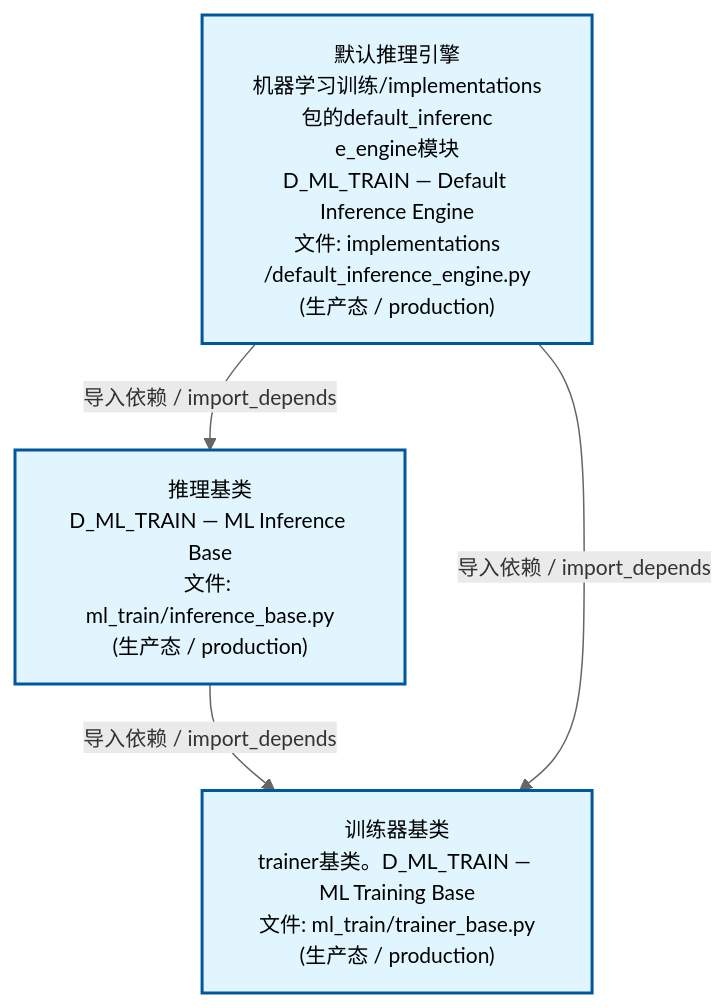
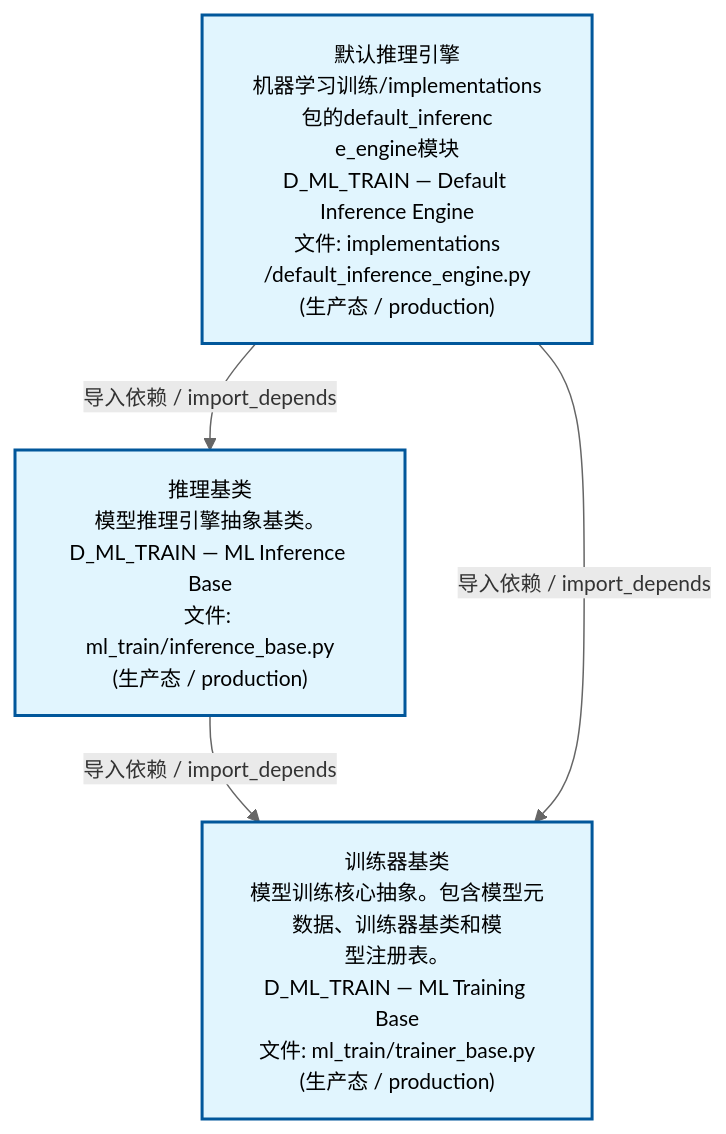
One commit to xuanFelixVan/ZephyrAlpha changed the second of 4 diagrams in docs/02_enterprise_architecture/02_domain_architecture_docs/61_d_ml_train.md. Above: the diagram before and after it, drawn with Mermaid. The commit also changed other lines of this file and 48 other files, not shown here.

````diff
--- a/docs/02_enterprise_architecture/02_domain_architecture_docs/61_d_ml_train.md
+++ b/docs/02_enterprise_architecture/02_domain_architecture_docs/61_d_ml_train.md
@@ -99,15 +99,15 @@
 ```mermaid
 %%{init: {'theme': 'base', 'themeVariables': {'primaryColor': '#eaeaea', 'primaryTextColor': '#333333', 'primaryBorderColor': '#666666', 'lineColor': '#666666', 'secondaryColor': '#eaeaea', 'tertiaryColor': '#eaeaea', 'fontSize': '14px'}}}%%
 flowchart TD
     src_zephyr_ml_train_implementations_default_inference_engine_py["默认推理引擎<br/>机器学习训练/implementations包的default_inferenc<br/>e_engine模块<br/>D_ML_TRAIN — Default Inference Engine<br/>文件: implementations<br/>/default_inference_engine.py<br/>(生产态 / production)"]
-    src_zephyr_ml_train_inference_base_py["推理基类<br/>D_ML_TRAIN — ML Inference Base<br/>文件: ml_train/inference_base.py<br/>(生产态 / production)"]
-    src_zephyr_ml_train_trainer_base_py["训练器基类<br/>trainer基类。D_ML_TRAIN — ML Training Base<br/>文件: ml_train/trainer_base.py<br/>(生产态 / production)"]
+    src_zephyr_ml_train_inference_base_py["推理基类<br/>模型推理引擎抽象基类。<br/>D_ML_TRAIN — ML Inference Base<br/>文件: ml_train/inference_base.py<br/>(生产态 / production)"]
+    src_zephyr_ml_train_trainer_base_py["训练器基类<br/>模型训练核心抽象。包含模型元数据、训练器基类和模<br/>型注册表。<br/>D_ML_TRAIN — ML Training Base<br/>文件: ml_train/trainer_base.py<br/>(生产态 / production)"]
     src_zephyr_ml_train_inference_base_py -->|导入依赖 / import_depends| src_zephyr_ml_train_trainer_base_py
+    src_zephyr_ml_train_implementations_default_inference_engine_py -->|导入依赖 / import_depends| src_zephyr_ml_train_trainer_base_py
     src_zephyr_ml_train_implementations_default_inference_engine_py -->|导入依赖 / import_depends| src_zephyr_ml_train_inference_base_py
-    src_zephyr_ml_train_implementations_default_inference_engine_py -->|导入依赖 / import_depends| src_zephyr_ml_train_trainer_base_py
     classDef production fill:#e1f5fe,stroke:#01579b,stroke-width:2px,color:#000
     classDef design fill:#fff3e0,stroke:#e65100,stroke-width:2px,color:#000,stroke-dasharray: 5 5
     classDef external_prod fill:#e8f4fd,stroke:#0277bd,stroke-width:1px,color:#000
     classDef external_design fill:#fff8e7,stroke:#ef6c00,stroke-width:1px,color:#000,stroke-dasharray: 5 5
     class src_zephyr_ml_train_implementations_default_inference_engine_py,src_zephyr_ml_train_inference_base_py,src_zephyr_ml_train_trainer_base_py production
 ```
````
